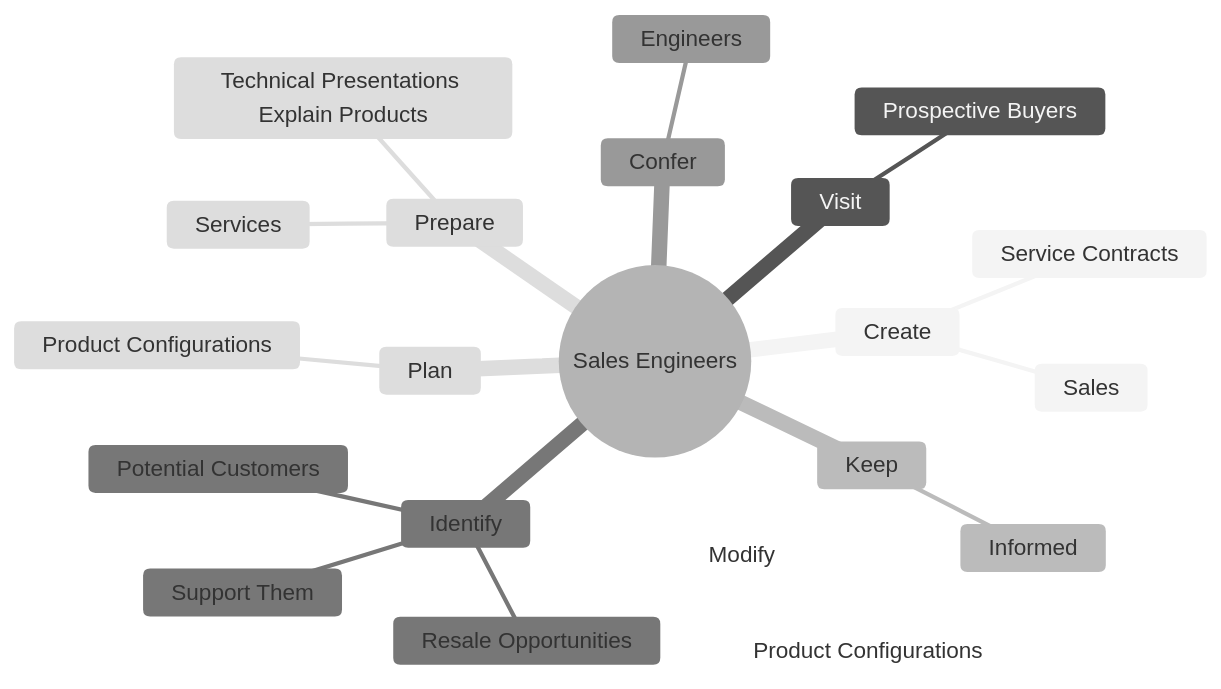
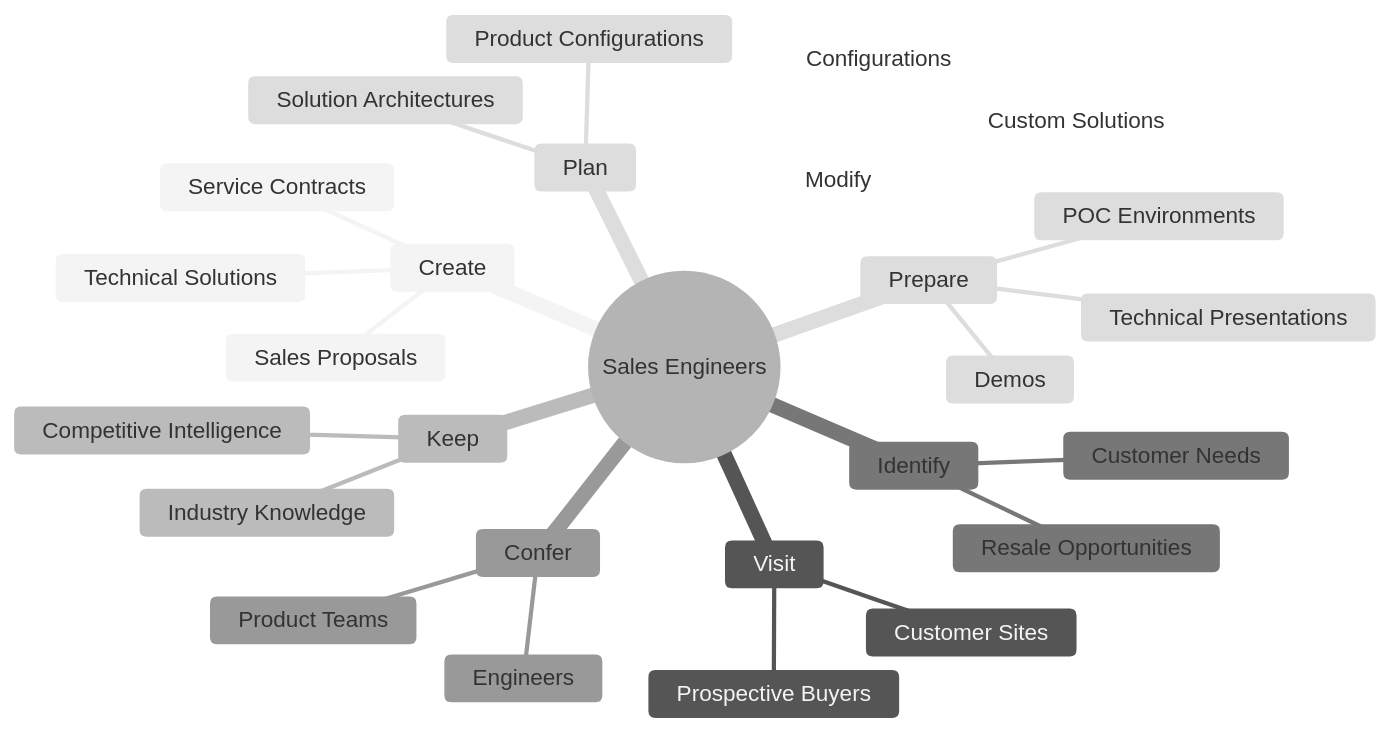
The second of 4 diagrams in occupations/Sales/SalesEngineers.mdx (kziemski/business.org.ai), drawn with Mermaid (neutral theme) before and after one commit. The commit also changed other lines of this file and 938 other files, not shown here.

````diff
--- a/occupations/Sales/SalesEngineers.mdx
+++ b/occupations/Sales/SalesEngineers.mdx
@@ -37,24 +45,30 @@
 ```mermaid
 mindmap
     root(("Sales Engineers"))
         Create
-            Sales
+            Sales Proposals
             Service Contracts
+            Technical Solutions
         Visit
             Prospective Buyers
+            Customer Sites
         Keep
-            Informed
+            Industry Knowledge
+            Competitive Intelligence
         Identify
             Resale Opportunities
-            Support Them
-            Potential Customers
+            Customer Needs
         Confer
             Engineers
+            Product Teams
         Plan
             Product Configurations
+            Solution Architectures
         Modify
-            Product Configurations
+            Configurations
+            Custom Solutions
         Prepare
-            Technical Presentations Explain Products
-            Services
+            Technical Presentations
+            Demos
+            POC Environments
 ```
````
